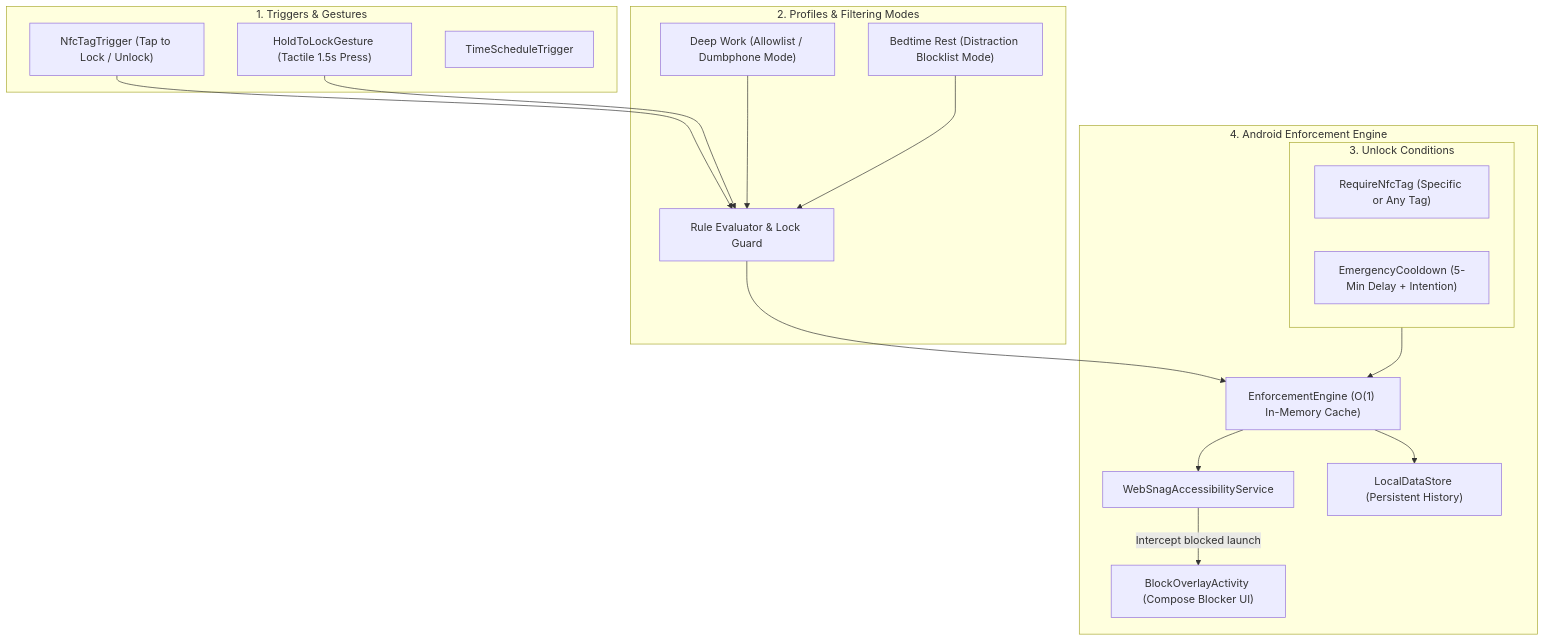
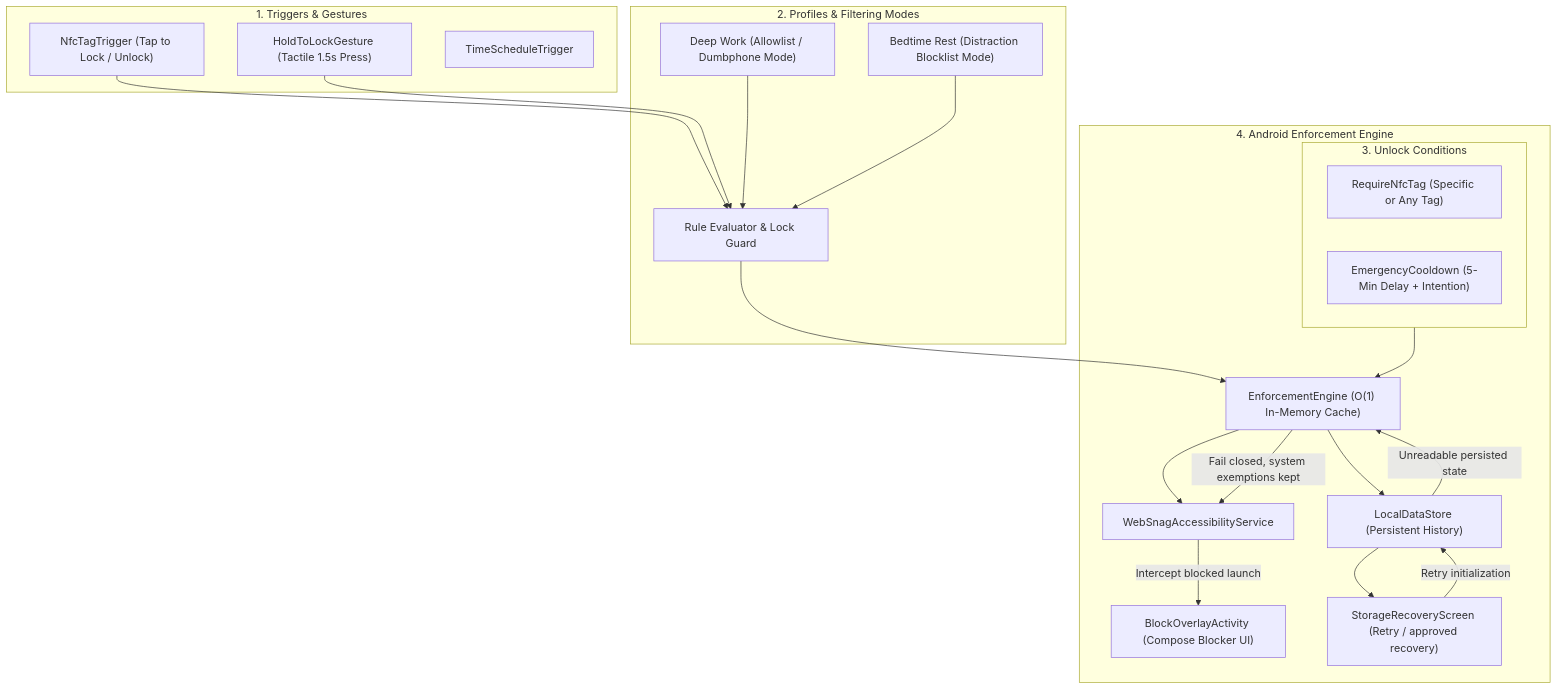
One commit to mcasillas17/WebSnag changed the diagram in README.md. Above: the diagram before and after it, drawn with Mermaid. The commit also changed other lines of this file and 25 other files, not shown here.

````diff
--- a/README.md
+++ b/README.md
@@ -34,36 +34,41 @@
 ```mermaid
 flowchart TD
     subgraph Triggers ["1. Triggers & Gestures"]
         T1["NfcTagTrigger (Tap to Lock / Unlock)"]
         T2["HoldToLockGesture (Tactile 1.5s Press)"]
         T3["TimeScheduleTrigger"]
     end
 
     subgraph Core ["2. Profiles & Filtering Modes"]
         P1["Deep Work (Allowlist / Dumbphone Mode)"]
         P2["Bedtime Rest (Distraction Blocklist Mode)"]
         R["Rule Evaluator & Lock Guard"]
         T1 --> R
         T2 --> R
         P1 --> R
         P2 --> R
     end
 
     subgraph Conditions ["3. Unlock Conditions"]
         U1["RequireNfcTag (Specific or Any Tag)"]
         U2["EmergencyCooldown (5-Min Delay + Intention)"]
     end
 
     subgraph Enforcement ["4. Android Enforcement Engine"]
         EE["EnforcementEngine (O(1) In-Memory Cache)"]
         AS["WebSnagAccessibilityService"]
         OA["BlockOverlayActivity (Compose Blocker UI)"]
         DS["LocalDataStore (Persistent History)"]
-        
+        SR["StorageRecoveryScreen (Retry / approved recovery)"]
+
         R --> EE
         Conditions --> EE
         EE --> AS
         EE --> DS
+        DS -->|"Unreadable persisted state"| EE
+        EE -->|"Fail closed, system exemptions kept"| AS
+        DS --> SR
+        SR -->|"Retry initialization"| DS
         AS -->|"Intercept blocked launch"| OA
     end
 ```
````
